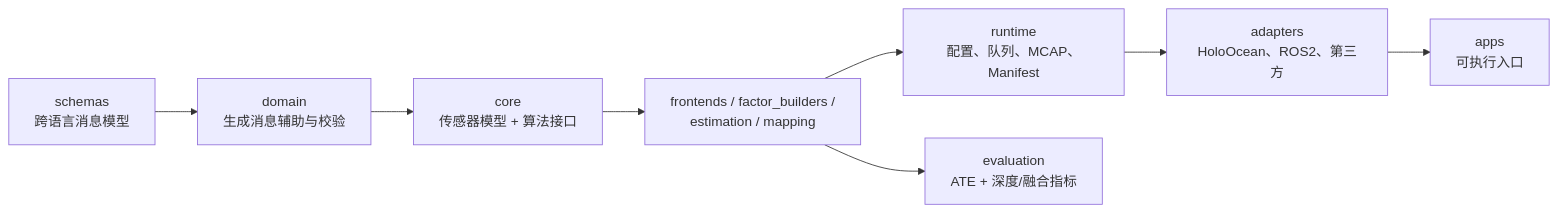
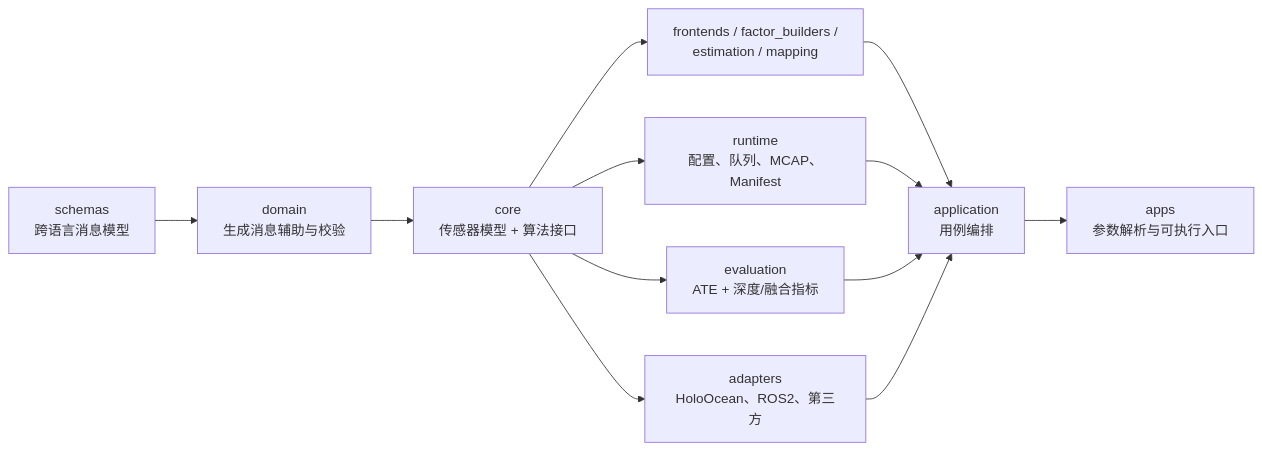
One commit to PengBY91/uw_slam changed the second of 2 diagrams in README.md. Above: the diagram before and after it, drawn with Mermaid. The commit also changed other lines of this file and 71 other files, not shown here.

````diff
--- a/README.md
+++ b/README.md
@@ -181,10 +181,14 @@
 ```mermaid
 flowchart LR
     SCHEMAS[schemas<br/>跨语言消息模型] --> DOMAIN[domain<br/>生成消息辅助与校验]
     DOMAIN --> CORE[core<br/>传感器模型 + 算法接口]
     CORE --> ALGO["frontends / factor_builders /<br/>estimation / mapping"]
-    ALGO --> RUNTIME[runtime<br/>配置、队列、MCAP、Manifest]
-    ALGO --> EVAL[evaluation<br/>ATE + 深度/融合指标]
-    RUNTIME --> ADAPTERS[adapters<br/>HoloOcean、ROS2、第三方]
-    ADAPTERS --> APPS[apps<br/>可执行入口]
+    CORE --> RUNTIME[runtime<br/>配置、队列、MCAP、Manifest]
+    CORE --> EVAL[evaluation<br/>ATE + 深度/融合指标]
+    CORE --> ADAPTERS[adapters<br/>HoloOcean、ROS2、第三方]
+    ALGO --> APPLICATION[application<br/>用例编排]
+    RUNTIME --> APPLICATION
+    EVAL --> APPLICATION
+    ADAPTERS --> APPLICATION
+    APPLICATION --> APPS[apps<br/>参数解析与可执行入口]
 ```
````
